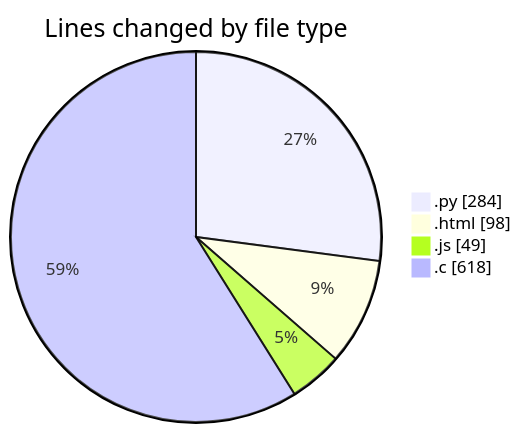
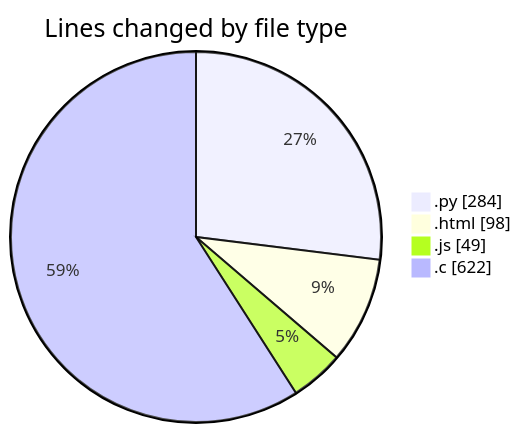
The first of 2 diagrams in 2025-01-21/projects/README.md (Ritupan-Deka/code-tracking), drawn with Mermaid before and after one commit. The commit also changed other lines of this file and 1 other file, not shown here.

````diff
--- a/2025-01-21/projects/README.md
+++ b/2025-01-21/projects/README.md
@@ -31,8 +31,8 @@
 ```mermaid
 pie showData
 title Lines changed by file type
 ".py" : 284
 ".html" : 98
 ".js" : 49
-".c" : 618
+".c" : 622
 ```
````
